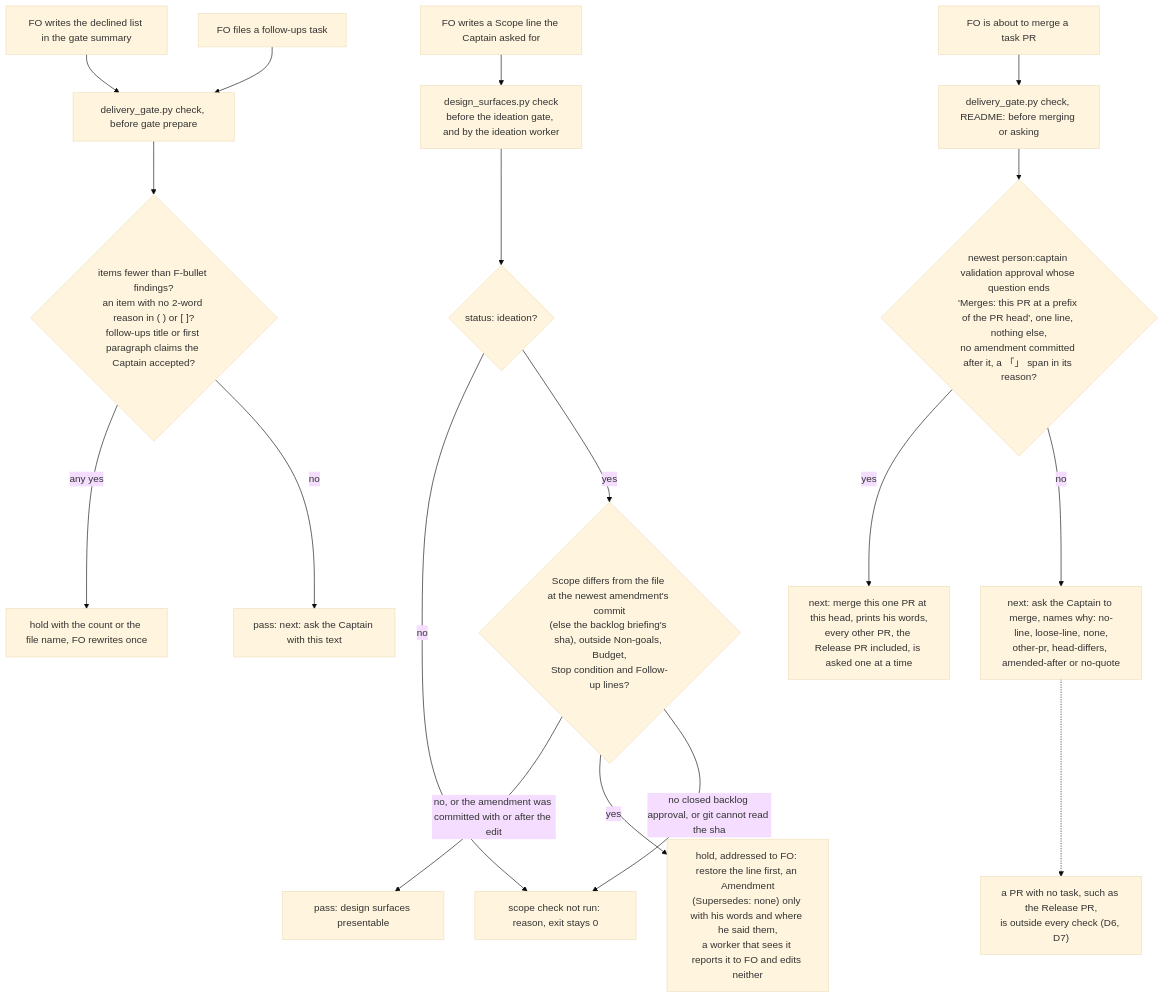
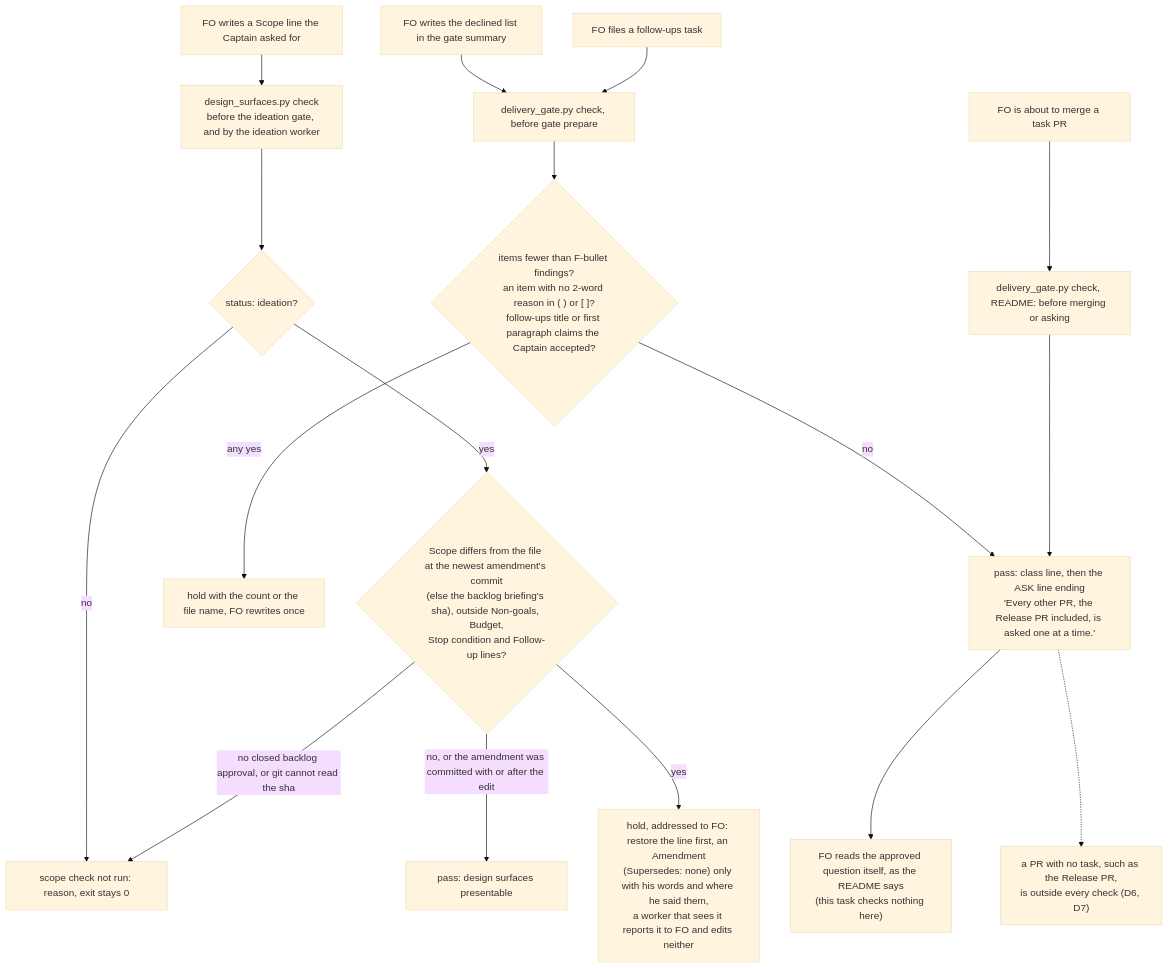
Before and after one commit to iamcxa/kc-claude-plugins: the first of 2 diagrams in fo-write-rules-checked.md, drawn with Mermaid (base theme). The commit also changed other lines of this file and 12 other files, not shown here.

````diff
--- a/fo-write-rules-checked.md
+++ b/fo-write-rules-checked.md
@@ -172,22 +169,21 @@
 ```mermaid
 flowchart TD
     W3["FO writes a Scope line the Captain asked for"] --> S3["design_surfaces.py check<br/>before the ideation gate, and by the ideation worker"]
     S3 --> G3{"status: ideation?"}
     G3 -->|"no"| N3["scope check not run: reason, exit stays 0"]
     G3 -->|"yes"| Q3{"Scope differs from the file at the newest amendment's commit<br/>(else the backlog briefing's sha), outside Non-goals, Budget,<br/>Stop condition and Follow-up lines?"}
     Q3 -->|"no, or the amendment was committed with or after the edit"| P3["pass: design surfaces presentable"]
     Q3 -->|"yes"| H3["hold, addressed to FO: restore the line first, an Amendment<br/>(Supersedes: none) only with his words and where he said them,<br/>a worker that sees it reports it to FO and edits neither"]
     Q3 -->|"no closed backlog approval, or git cannot read the sha"| N3
 
     W2["FO writes the declined list in the gate summary"] --> S2["delivery_gate.py check, before gate prepare"]
     W1["FO files a follow-ups task"] --> S2
     S2 --> Q2{"items fewer than F-bullet findings?<br/>an item with no 2-word reason in ( ) or [ ]?<br/>follow-ups title or first paragraph claims the Captain accepted?"}
     Q2 -->|"any yes"| H2["hold with the count or the file name, FO rewrites once"]
-    Q2 -->|"no"| P2["pass: next: ask the Captain with this text"]
+    Q2 -->|"no"| P2["pass: class line, then the ASK line ending<br/>'Every other PR, the Release PR included, is asked one at a time.'"]
 
     W4["FO is about to merge a task PR"] --> S4["delivery_gate.py check, README: before merging or asking"]
-    S4 --> Q4{"newest person:captain validation approval whose question ends<br/>'Merges: this PR at a prefix of the PR head', one line, nothing else,<br/>no amendment committed after it, a 「」 span in its reason?"}
-    Q4 -->|"yes"| M4["next: merge this one PR at this head, prints his words,<br/>every other PR, the Release PR included, is asked one at a time"]
-    Q4 -->|"no"| A4["next: ask the Captain to merge, names why: no-line, loose-line, none,<br/>other-pr, head-differs, amended-after or no-quote"]
-    A4 -.-> R4["a PR with no task, such as the Release PR,<br/>is outside every check (D6, D7)"]
+    S4 --> P2
+    P2 --> R4["FO reads the approved question itself, as the README says<br/>(this task checks nothing here)"]
+    P2 -.-> X4["a PR with no task, such as the Release PR,<br/>is outside every check (D6, D7)"]
 ```
````
